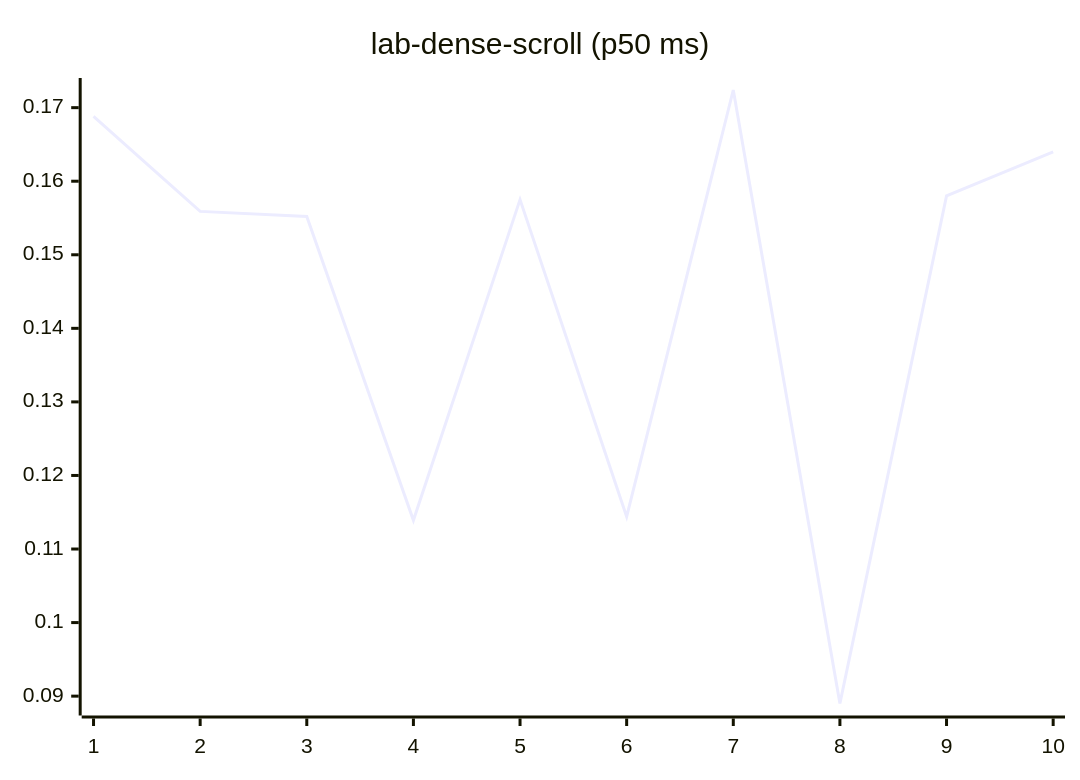
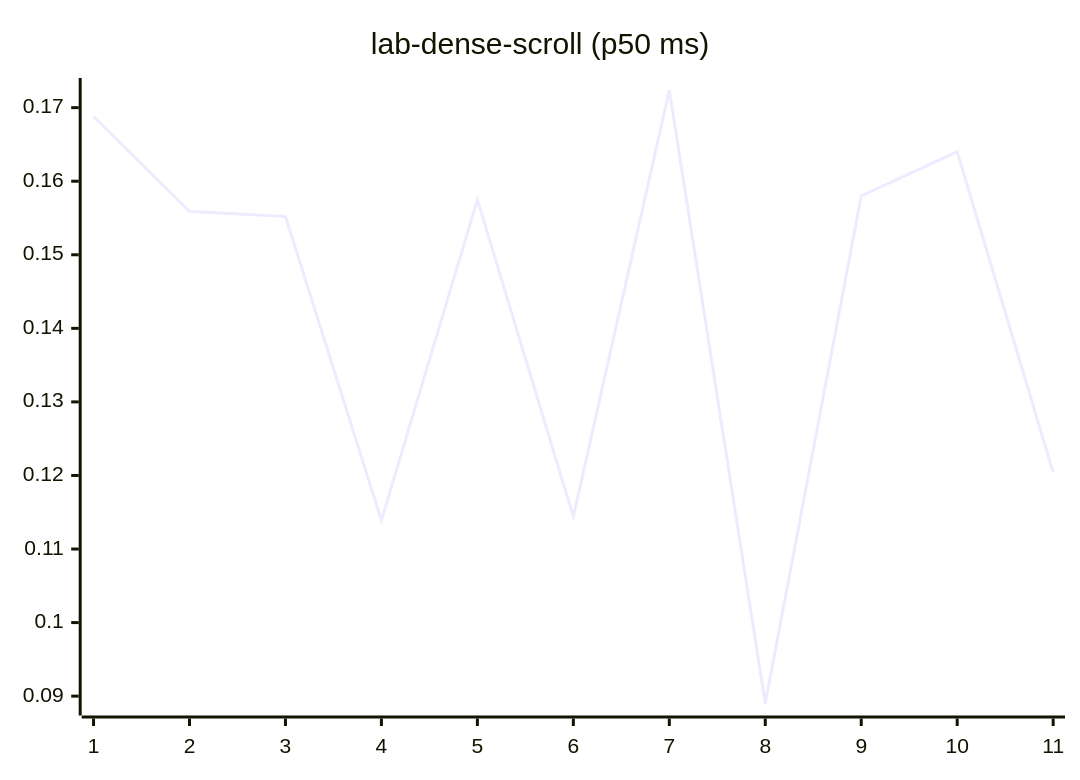
One commit to josha/Facet changed diagram 12 of 27 in README.md. Above: the diagram before and after it, drawn with Mermaid. The commit also changed other lines of this file and 2 other files, not shown here.

````diff
--- a/README.md
+++ b/README.md
@@ -140,6 +140,6 @@
 ```mermaid
 xychart-beta
     title "lab-dense-scroll (p50 ms)"
-    x-axis 1 --> 10
-    line [0.1688, 0.1559, 0.1552, 0.1139, 0.1575, 0.1144, 0.1724, 0.0890, 0.1580, 0.1640]
+    x-axis 1 --> 11
+    line [0.1688, 0.1559, 0.1552, 0.1139, 0.1575, 0.1144, 0.1724, 0.0890, 0.1580, 0.1640, 0.1204]
 ```
````
